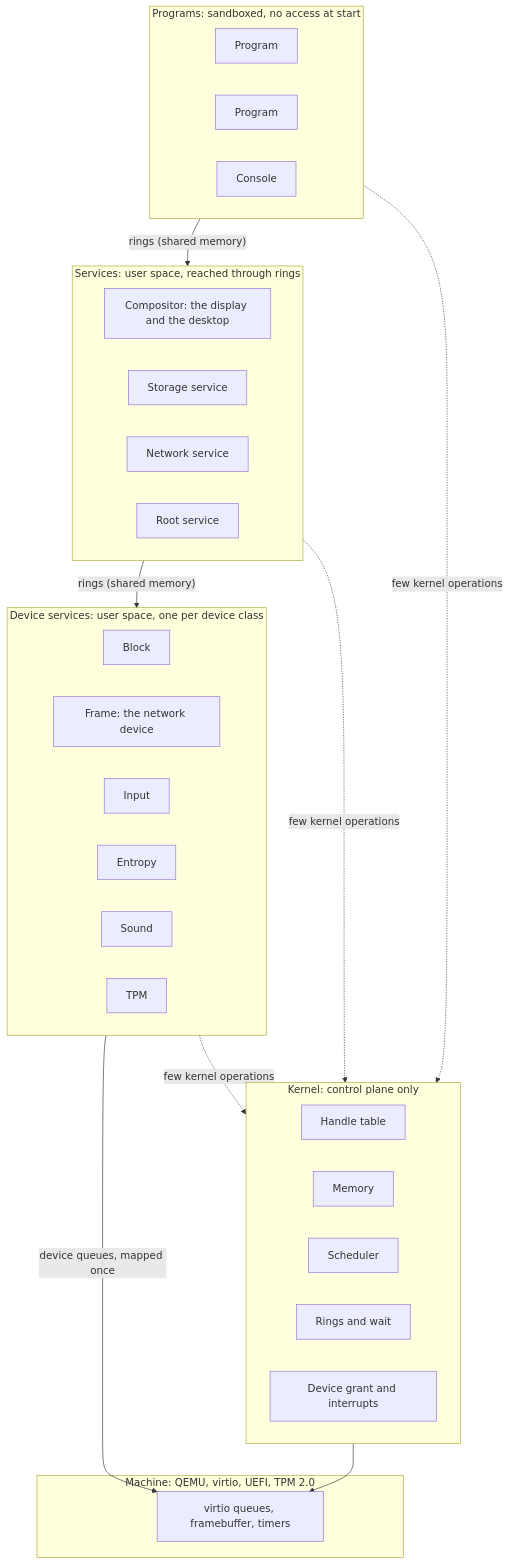
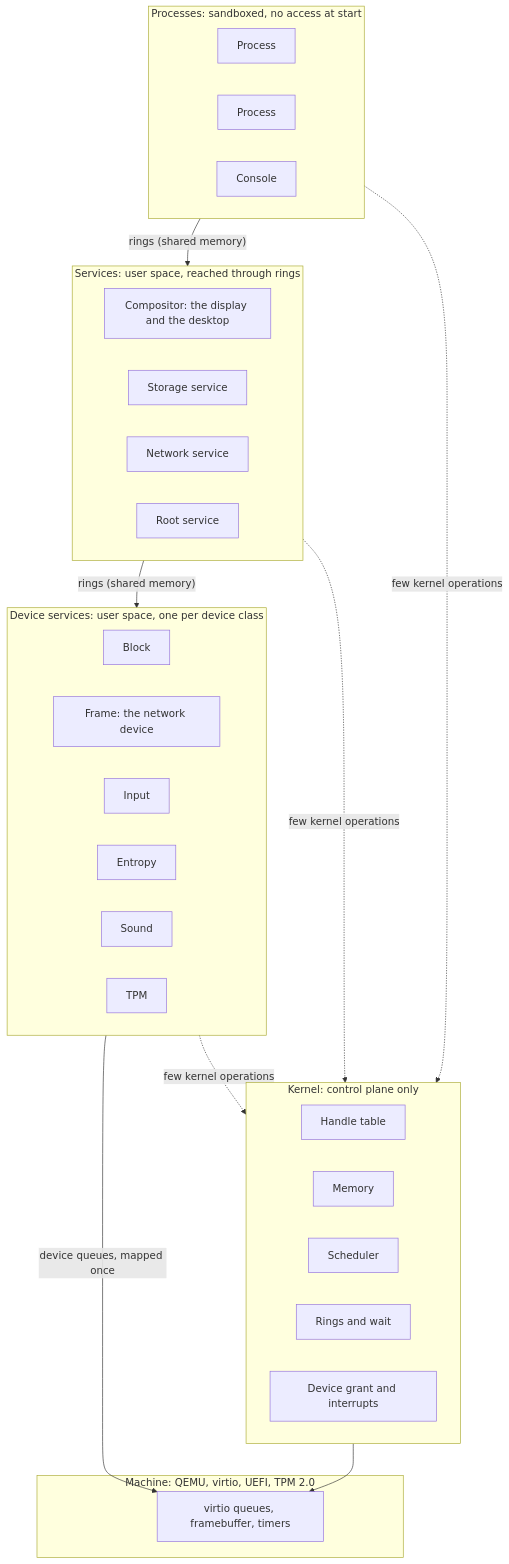
The first of 5 diagrams in docs/ARCHITECTURE.md (sachahjkl/modus), drawn with Mermaid before and after one commit. The commit also changed other lines of this file and 740 other files, not shown here.

Commit message:
A process in place of a program: the kernel operations, the contract, the code, the guides, the glossary and the lines of the log

````diff
--- a/docs/ARCHITECTURE.md
+++ b/docs/ARCHITECTURE.md
@@ -44,44 +44,44 @@
 ```mermaid
 flowchart TB
-  subgraph programs["Programs: sandboxed, no access at start"]
-    app1["Program"]
-    app2["Program"]
+  subgraph processes["Processes: sandboxed, no access at start"]
+    app1["Process"]
+    app2["Process"]
     console["Console"]
   end
 
   subgraph services["Services: user space, reached through rings"]
     compositor["Compositor: the display and the desktop"]
     storage["Storage service"]
     network["Network service"]
     root["Root service"]
   end
 
   subgraph devices["Device services: user space, one per device class"]
     blk["Block"]
     net["Frame: the network device"]
     input["Input"]
     entropy["Entropy"]
     sound["Sound"]
     tpm["TPM"]
   end
 
   subgraph kernel["Kernel: control plane only"]
     handles["Handle table"]
     memory["Memory"]
     sched["Scheduler"]
     rings["Rings and wait"]
     devgrant["Device grant and interrupts"]
   end
 
   subgraph machine["Machine: QEMU, virtio, UEFI, TPM 2.0"]
     hw["virtio queues, framebuffer, timers"]
   end
 
-  programs -- "rings (shared memory)" --> services
+  processes -- "rings (shared memory)" --> services
   services -- "rings (shared memory)" --> devices
   devices -- "device queues, mapped once" --> hw
-  programs -. "few kernel operations" .-> kernel
+  processes -. "few kernel operations" .-> kernel
   services -. "few kernel operations" .-> kernel
   devices -. "few kernel operations" .-> kernel
   kernel --> hw
 ```
````
